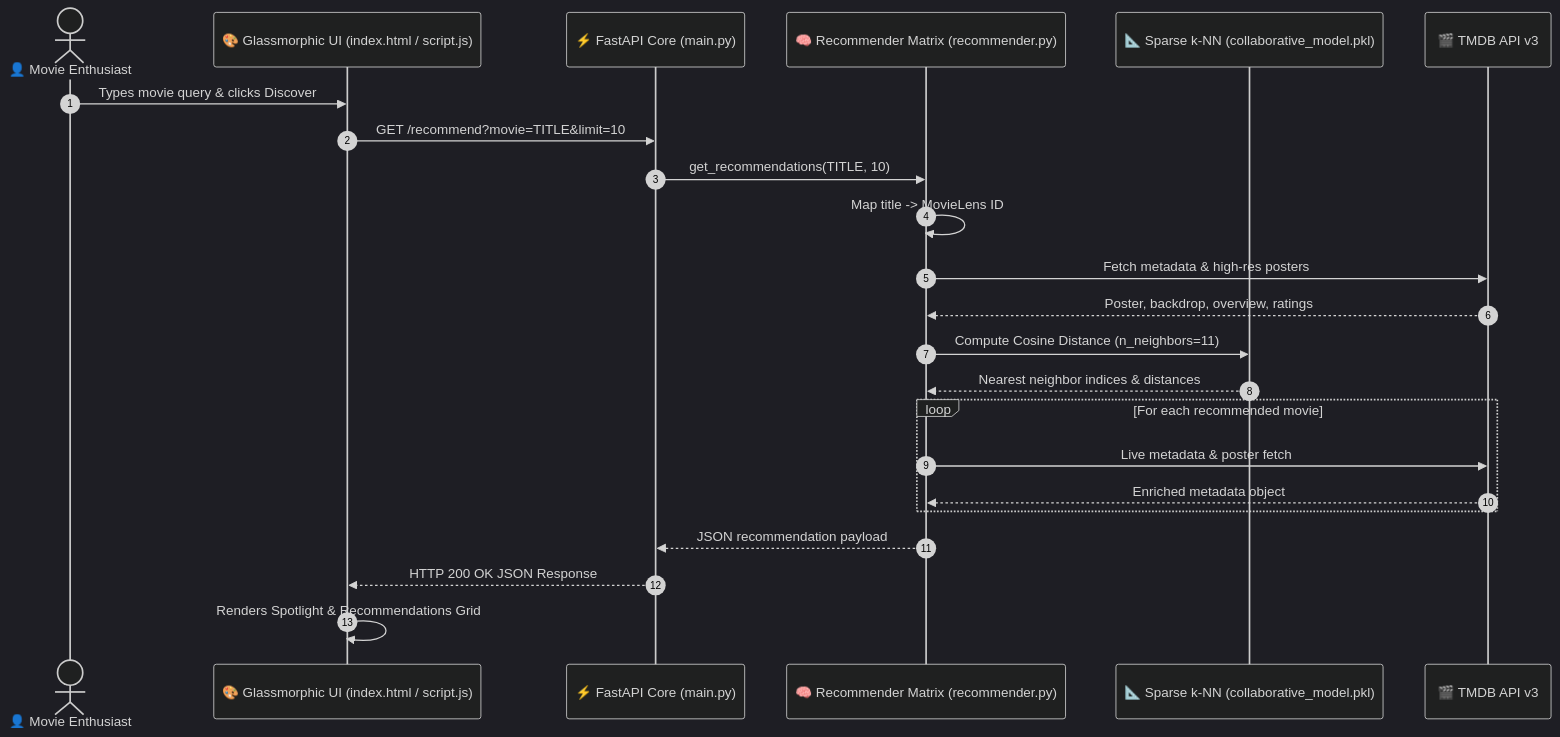
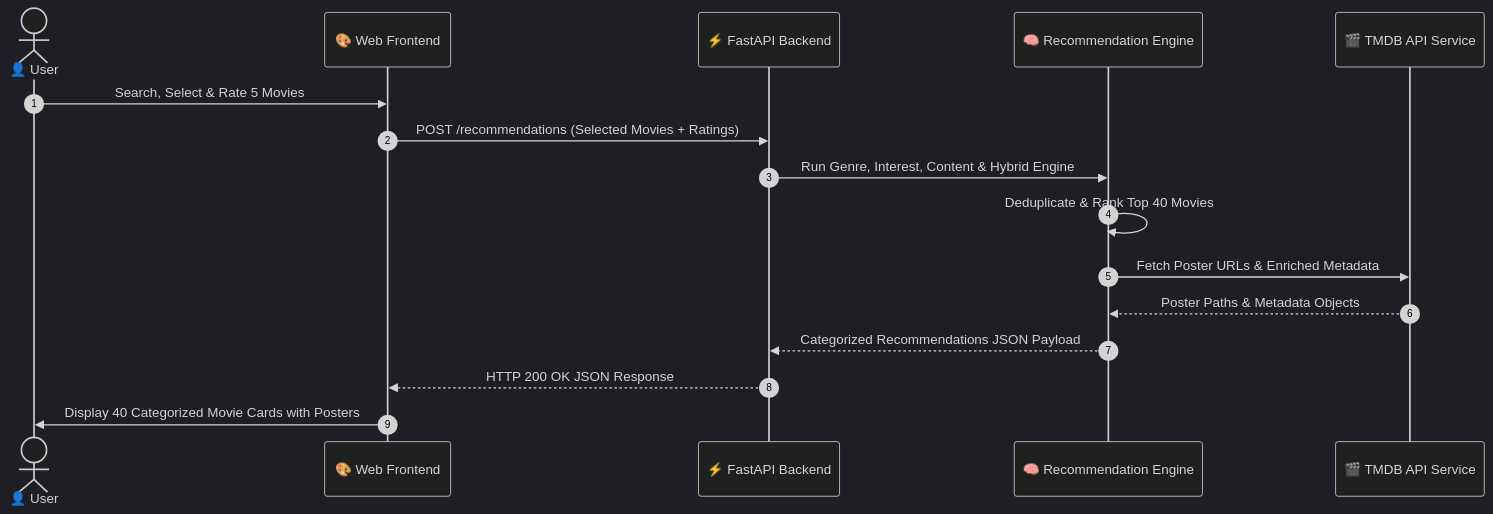
One commit to Nersu-Abhinav/CineMatch-AI changed the third of 3 diagrams in README.md. Above: the diagram before and after it, drawn with Mermaid (dark theme). The commit also changed other lines of this file, not shown here.

Commit message:
Update README.md with comprehensive CineMatch ML recommendation engine documentation

````diff
--- a/README.md
+++ b/README.md
@@ -122,26 +194,19 @@
 ```mermaid
 sequenceDiagram
     autonumber
-    actor User as 👤 Movie Enthusiast
-    participant UI as 🎨 Glassmorphic UI (index.html / script.js)
-    participant API as ⚡ FastAPI Core (main.py)
-    participant Rec as 🧠 Recommender Matrix (recommender.py)
-    participant Model as 📐 Sparse k-NN (collaborative_model.pkl)
-    participant TMDB as 🎬 TMDB API v3
+    actor User as 👤 User
+    participant Frontend as 🎨 Web Frontend
+    participant API as ⚡ FastAPI Backend
+    participant Engine as 🧠 Recommendation Engine
+    participant TMDB as 🎬 TMDB API Service
 
-    User->>UI: Types movie query & clicks Discover
-    UI->>API: GET /recommend?movie=TITLE&limit=10
-    API->>Rec: get_recommendations(TITLE, 10)
-    Rec->>Rec: Map title -> MovieLens ID
-    Rec->>TMDB: Fetch metadata & high-res posters
-    TMDB-->>Rec: Poster, backdrop, overview, ratings
-    Rec->>Model: Compute Cosine Distance (n_neighbors=11)
-    Model-->>Rec: Nearest neighbor indices & distances
-    loop For each recommended movie
-        Rec->>TMDB: Live metadata & poster fetch
-        TMDB-->>Rec: Enriched metadata object
-    end
-    Rec-->>API: JSON recommendation payload
-    API-->>UI: HTTP 200 OK JSON Response
-    UI->>UI: Renders Spotlight & Recommendations Grid
+    User->>Frontend: Search, Select & Rate 5 Movies
+    Frontend->>API: POST /recommendations (Selected Movies + Ratings)
+    API->>Engine: Run Genre, Interest, Content & Hybrid Engine
+    Engine->>Engine: Deduplicate & Rank Top 40 Movies
+    Engine->>TMDB: Fetch Poster URLs & Enriched Metadata
+    TMDB-->>Engine: Poster Paths & Metadata Objects
+    Engine-->>API: Categorized Recommendations JSON Payload
+    API-->>Frontend: HTTP 200 OK JSON Response
+    Frontend->>User: Display 40 Categorized Movie Cards with Posters
 ```
````
